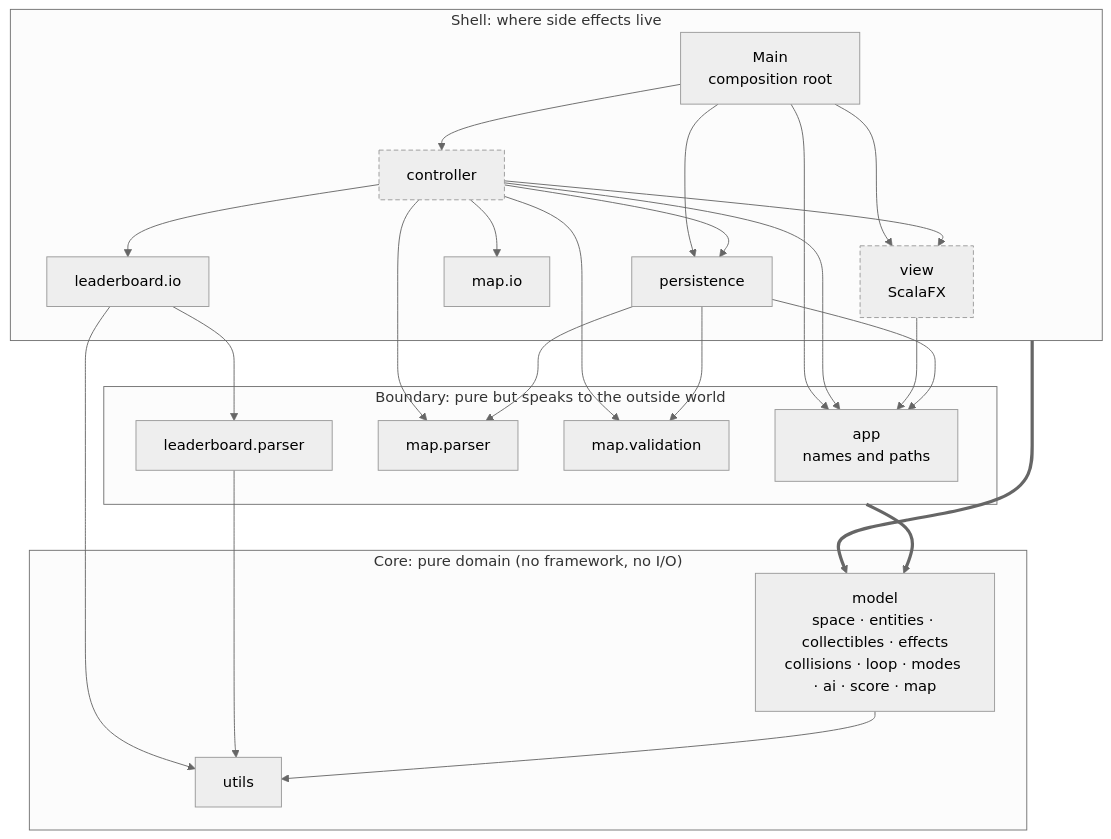
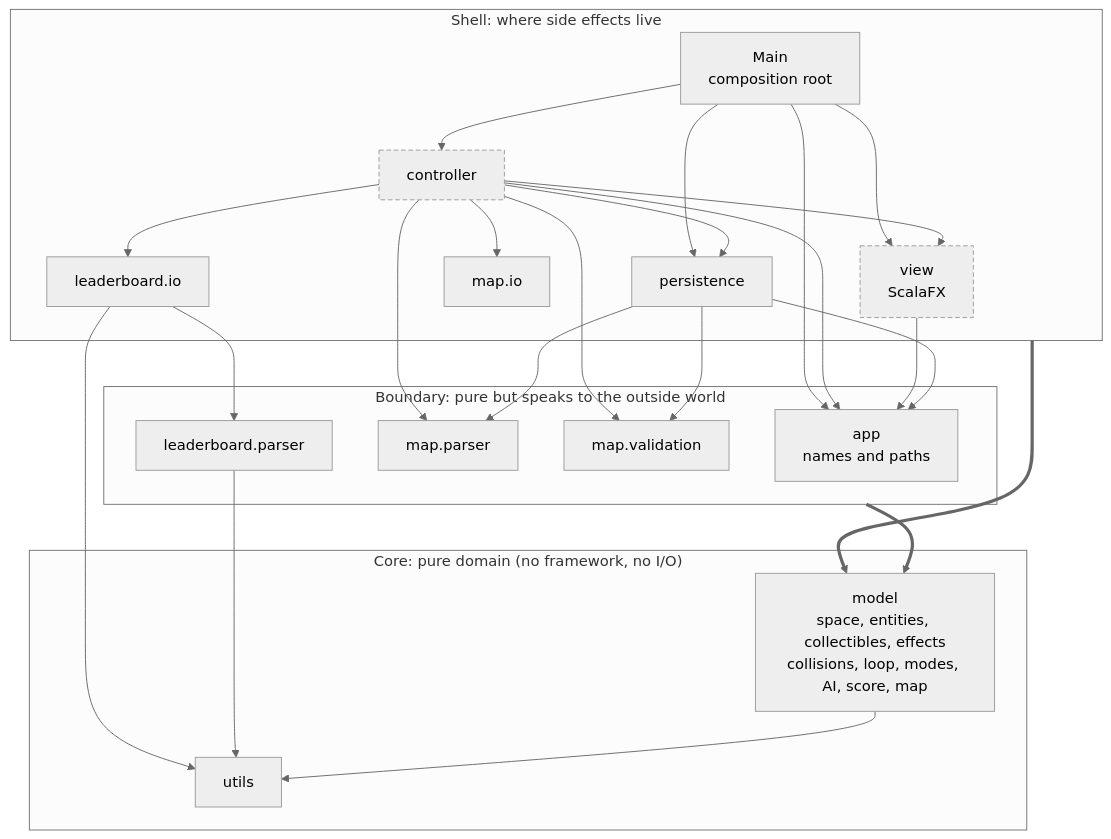
Before and after one commit to PPS-25/PPS-25-scala-man: the diagram in docs/uml/architecture-packages.mmd, drawn with Mermaid. The commit also changed 2 other files, not shown here.

Commit message:
docs(report): add package architecture view

```diff
--- a/docs/uml/architecture-packages.mmd
+++ b/docs/uml/architecture-packages.mmd
@@ -1,55 +1,55 @@
 %%{init: {"theme": "neutral"}}%%
 flowchart TB
 
   subgraph shell["Shell: where side effects live"]
     main["Main<br/>composition root"]
     controller["controller"]
     view["view<br/>ScalaFX"]
     persistence["persistence"]
     mapio["map.io"]
     lbio["leaderboard.io"]
   end
 
   subgraph boundary["Boundary: pure but speaks to the outside world"]
     app["app<br/>names and paths"]
     mapparser["map.parser"]
     mapvalidation["map.validation"]
     lbparser["leaderboard.parser"]
   end
 
   subgraph core["Core: pure domain (no framework, no I/O)"]
-    model["model<br/>space · entities · collectibles · effects<br/>collisions · loop · modes · ai · score · map"]
+    model["model<br/>space, entities, collectibles, effects<br/>collisions, loop, modes, AI, score, map"]
     utils["utils"]
   end
 
   main --> controller
   main --> view
   main --> persistence
   main --> app
 
   controller --> view
   controller --> persistence
   controller --> mapio
   controller --> lbio
   controller --> mapparser
   controller --> mapvalidation
   controller --> app
 
   view --> app
 
   persistence --> app
   persistence --> mapparser
   persistence --> mapvalidation
 
   lbio --> lbparser
   lbio --> utils
   lbparser --> utils
   model --> utils
 
   %% every package of a band depends on the domain model
   shell ==> model
   boundary ==> model
 
   %% packages holding both pure and effectful code
   classDef mixed stroke-dasharray: 5 3
   class controller,view mixed
```
